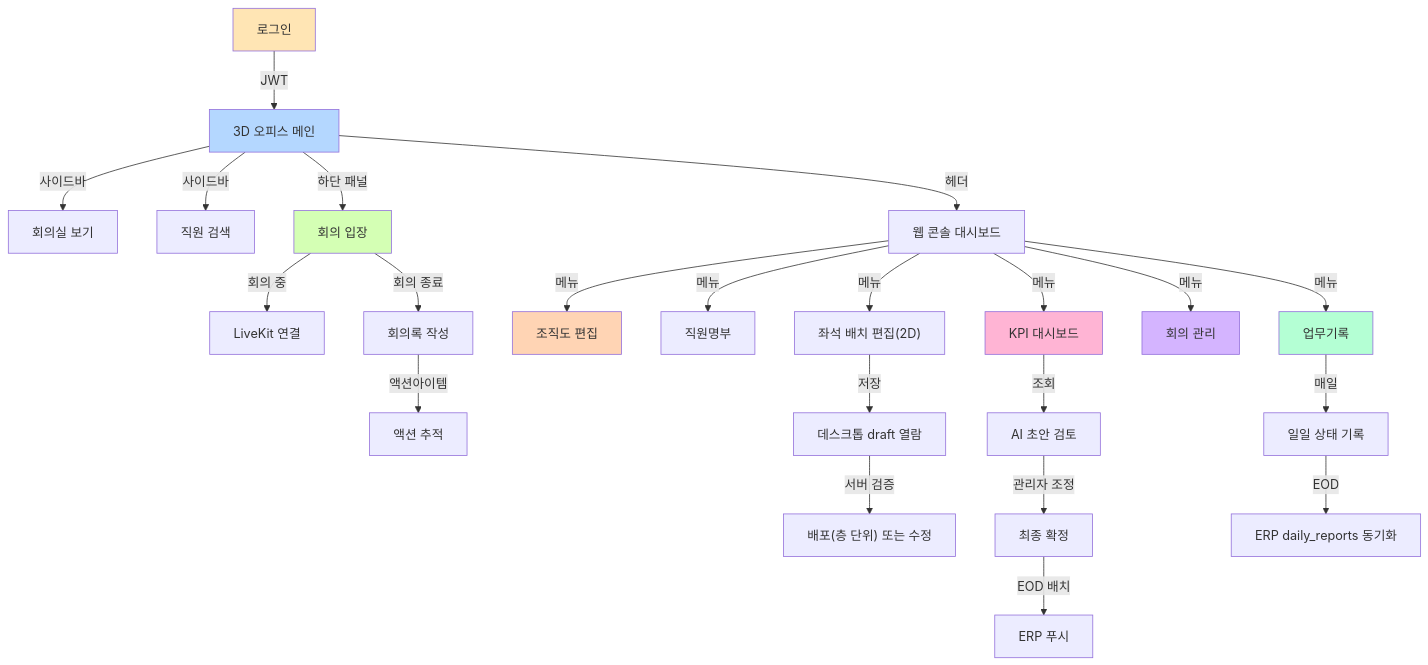
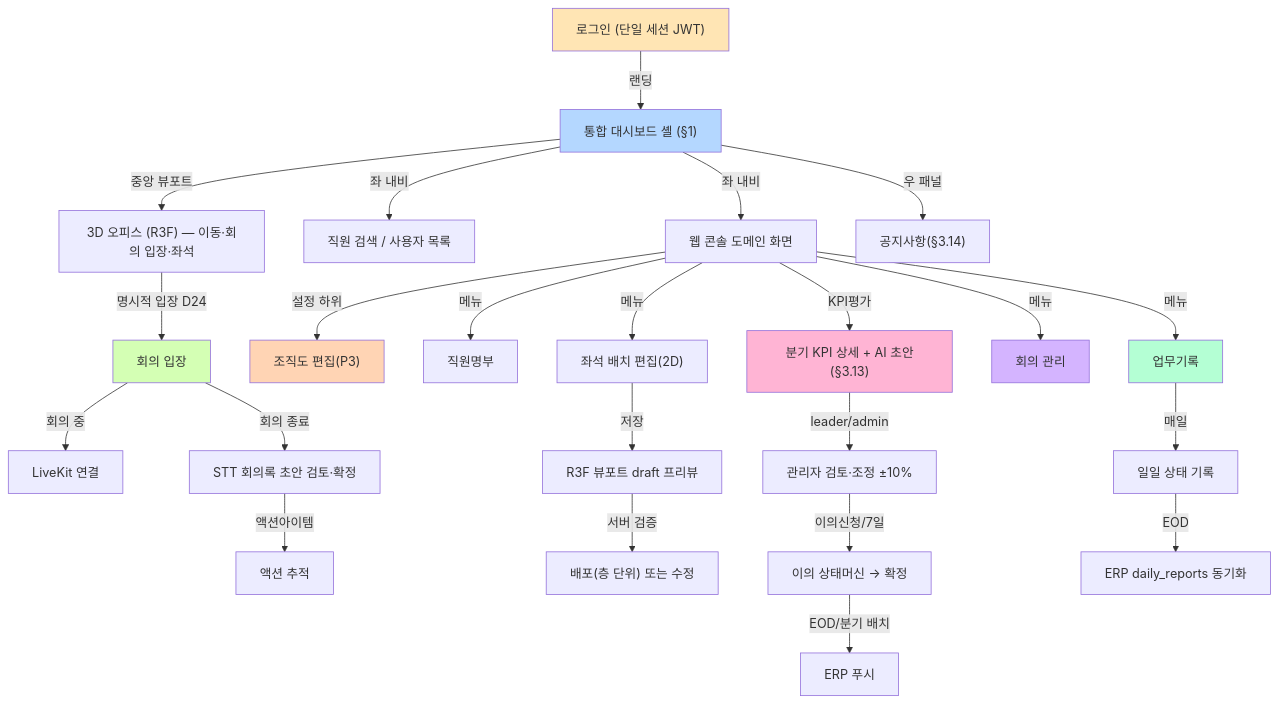
Before and after one commit to choiwjun/virtualoffice_new: the seventh of 7 diagrams in docs/planning/06-screens.md, drawn with Mermaid. The commit also changed other lines of this file and 739 other files, not shown here.

````diff
--- a/docs/planning/06-screens.md
+++ b/docs/planning/06-screens.md
@@ -1149,36 +1335,38 @@
 ```mermaid
 graph TD
-    A["로그인"] -->|JWT| B["3D 오피스 메인"]
-    B -->|사이드바| C["회의실 보기"]
-    B -->|사이드바| D["직원 검색"]
-    B -->|하단 패널| E["회의 입장"]
-    B -->|헤더| F["웹 콘솔 대시보드"]
+    A["로그인 (단일 세션 JWT)"] -->|랜딩| B["통합 대시보드 셸 (§1)"]
+    B -->|중앙 뷰포트| C["3D 오피스 (R3F) — 이동·회의 입장·좌석"]
+    B -->|좌 내비| D["직원 검색 / 사용자 목록"]
+    C -->|명시적 입장 D24| E["회의 입장"]
+    B -->|좌 내비| F["웹 콘솔 도메인 화면"]
     
-    F -->|메뉴| G["조직도 편집"]
+    F -->|설정 하위| G["조직도 편집(P3)"]
     F -->|메뉴| H["직원명부"]
     F -->|메뉴| I["좌석 배치 편집(2D)"]
-    I -->|저장| J["데스크톱 draft 열람"]
+    I -->|저장| J["R3F 뷰포트 draft 프리뷰"]
     J -->|서버 검증| K["배포(층 단위) 또는 수정"]
     
-    F -->|메뉴| L["KPI 대시보드"]
-    L -->|조회| M["AI 초안 검토"]
-    M -->|관리자 조정| N["최종 확정"]
-    N -->|EOD 배치| O["ERP 푸시"]
+    F -->|KPI평가| L["분기 KPI 상세 + AI 초안(§3.13)"]
+    L -->|leader/admin| M["관리자 검토·조정 ±10%"]
+    M -->|이의신청/7일| N["이의 상태머신 → 확정"]
+    N -->|EOD/분기 배치| O["ERP 푸시"]
     
     F -->|메뉴| P["회의 관리"]
     E -->|회의 중| Q["LiveKit 연결"]
-    E -->|회의 종료| R["회의록 작성"]
+    E -->|회의 종료| R["STT 회의록 초안 검토·확정"]
     R -->|액션아이템| S["액션 추적"]
     
     F -->|메뉴| T["업무기록"]
     T -->|매일| U["일일 상태 기록"]
     U -->|EOD| V["ERP daily_reports 동기화"]
+
+    B -->|우 패널| W["공지사항(§3.14)"]
     
     style A fill:#FFE5B4
     style B fill:#B4D7FF
     style E fill:#D4FFB4
     style G fill:#FFD4B4
     style L fill:#FFB4D4
     style P fill:#D4B4FF
     style T fill:#B4FFD4
 ```
````
